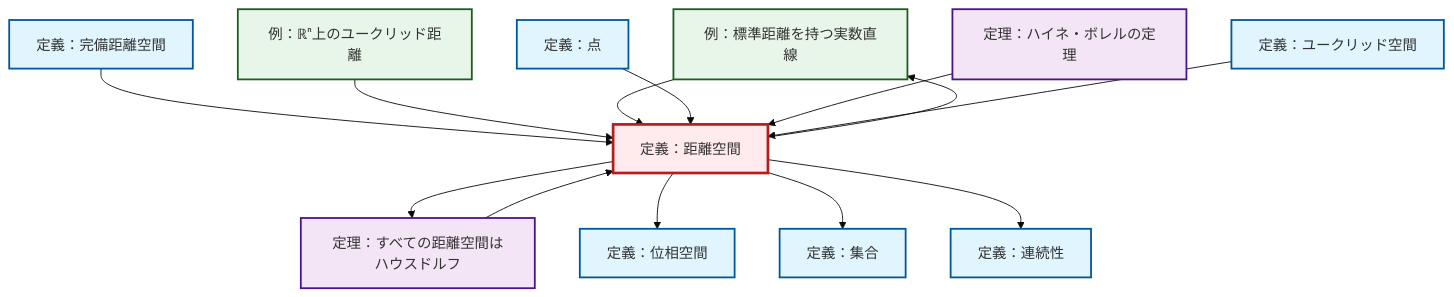
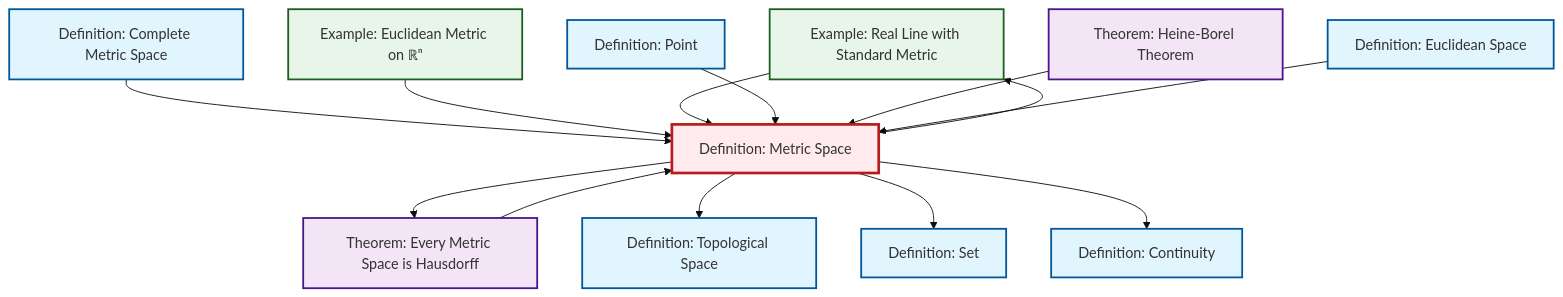
The diagram in content/ja/analysis/def-metric-space.qmd (RK0429/ModernMath), drawn with Mermaid (base theme) before and after one commit. The commit also changed 203 other files, not shown here.

````diff
--- a/content/ja/analysis/def-metric-space.qmd
+++ b/content/ja/analysis/def-metric-space.qmd
@@ -51,44 +51,33 @@
 ```{mermaid}
-%%| fig-cap: "ローカル依存グラフ"
+%%| fig-cap: "Local dependency graph"
 graph TD
     classDef definition fill:#e1f5fe,stroke:#01579b,stroke-width:2px
     classDef theorem fill:#f3e5f5,stroke:#4a148c,stroke-width:2px
     classDef axiom fill:#fff3e0,stroke:#e65100,stroke-width:2px
     classDef example fill:#e8f5e9,stroke:#1b5e20,stroke-width:2px
     classDef current fill:#ffebee,stroke:#b71c1c,stroke-width:3px
-    def-continuity["定義：連続性"]:::definition
-    def-topological-space["定義：位相空間"]:::definition
-    def-set["定義：集合"]:::definition
-    ex-real-line-metric["例：標準距離を持つ実数直線"]:::example
-    thm-metric-hausdorff["定理：すべての距離空間はハウスドルフ"]:::theorem
-    def-complete-metric-space["定義：完備距離空間"]:::definition
-    def-metric-space["定義：距離空間"]:::definition
-    ex-euclidean-metric["例：ℝⁿ上のユークリッド距離"]:::example
-    def-euclidean-space["定義：ユークリッド空間"]:::definition
-    def-point["定義：点"]:::definition
-    thm-heine-borel["定理：ハイネ・ボレルの定理"]:::theorem
+    def-continuity["Definition: Continuity"]:::definition
+    def-topological-space["Definition: Topological Space"]:::definition
+    def-set["Definition: Set"]:::definition
+    ex-real-line-metric["Example: Real Line with Standard Metric"]:::example
+    thm-metric-hausdorff["Theorem: Every Metric Space is Hausdorff"]:::theorem
+    def-complete-metric-space["Definition: Complete Metric Space"]:::definition
+    def-metric-space["Definition: Metric Space"]:::definition
+    ex-euclidean-metric["Example: Euclidean Metric on ℝⁿ"]:::example
+    def-euclidean-space["Definition: Euclidean Space"]:::definition
+    def-point["Definition: Point"]:::definition
+    thm-heine-borel["Theorem: Heine-Borel Theorem"]:::theorem
     def-complete-metric-space --> def-metric-space
     def-metric-space --> ex-real-line-metric
     ex-euclidean-metric --> def-metric-space
     ex-real-line-metric --> def-metric-space
     def-point --> def-metric-space
     def-metric-space --> thm-metric-hausdorff
     thm-heine-borel --> def-metric-space
     thm-metric-hausdorff --> def-metric-space
     def-metric-space --> def-topological-space
     def-metric-space --> def-set
     def-metric-space --> def-continuity
     def-euclidean-space --> def-metric-space
     class def-metric-space current
-
-    click def-continuity "def-continuity.html" "Go to 定義：連続性"
-    click def-topological-space "def-topological-space.html" "Go to 定義：位相空間"
-    click def-set "def-set.html" "Go to 定義：集合"
-    click ex-real-line-metric "ex-real-line-metric.html" "Go to 例：標準距離を持つ実数直線"
-    click thm-metric-hausdorff "thm-metric-hausdorff.html" "Go to 定理：すべての距離空間はハウスドルフ"
-    click def-complete-metric-space "def-complete-metric-space.html" "Go to 定義：完備距離空間"
-    click ex-euclidean-metric "ex-euclidean-metric.html" "Go to 例：ℝⁿ上のユークリッド距離"
-    click def-euclidean-space "def-euclidean-space.html" "Go to 定義：ユークリッド空間"
-    click def-point "def-point.html" "Go to 定義：点"
-    click thm-heine-borel "thm-heine-borel.html" "Go to 定理：ハイネ・ボレルの定理"
 ```
````
